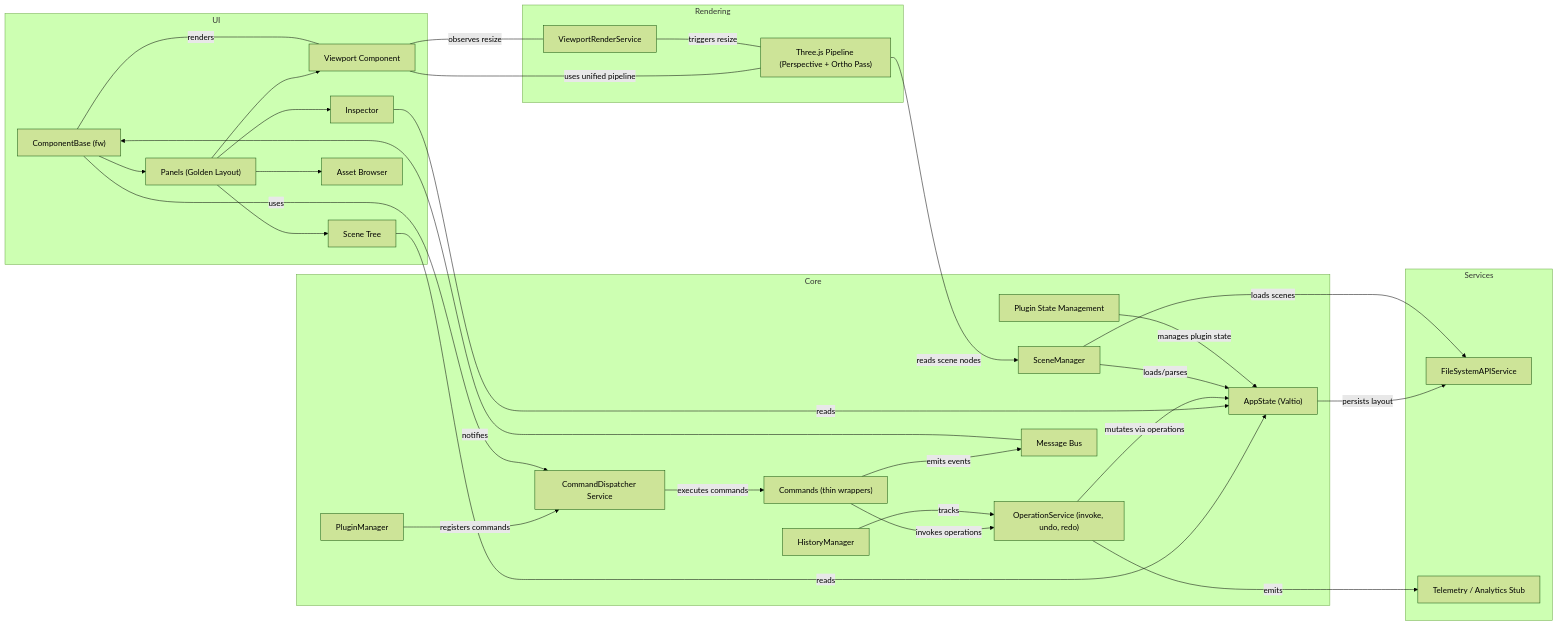
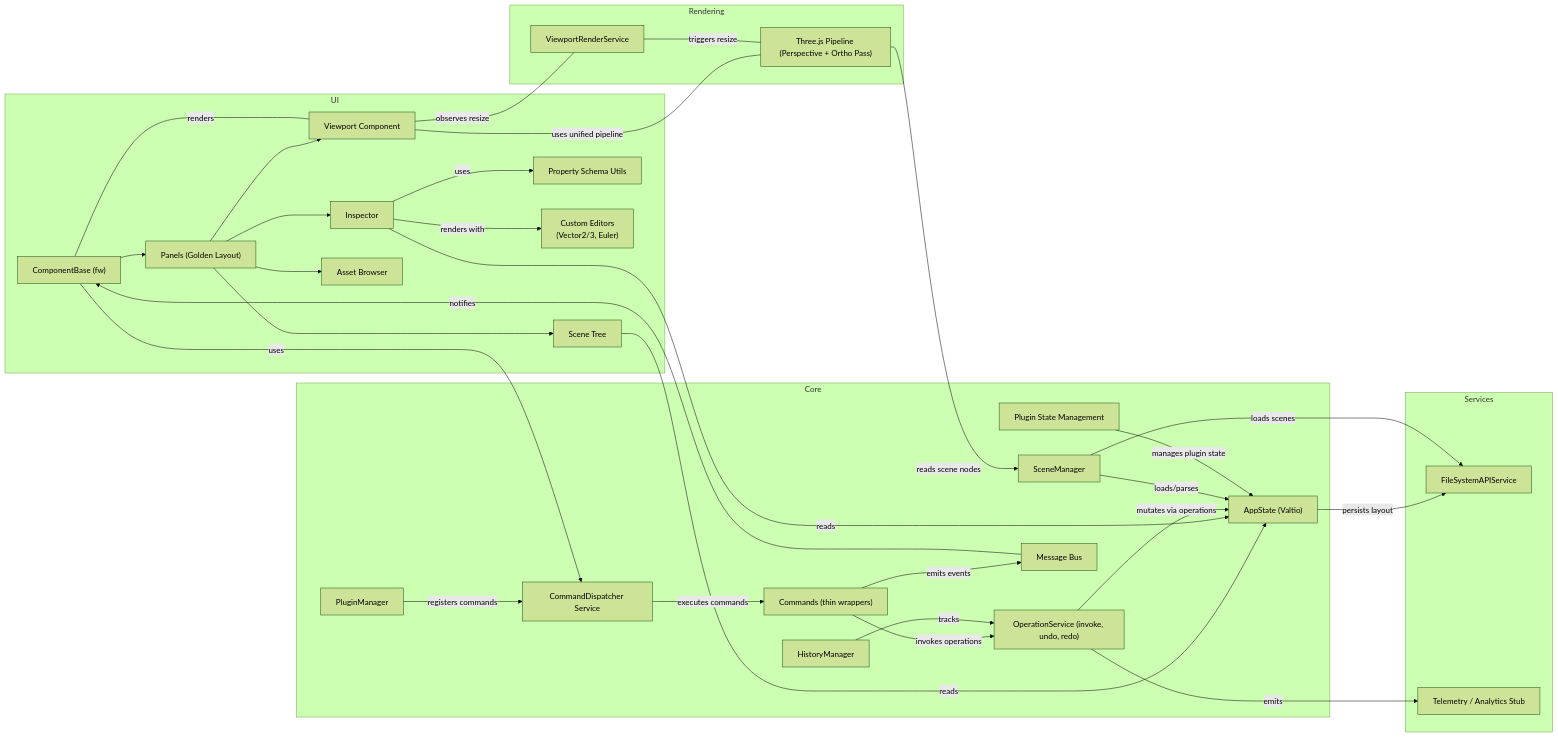
One commit to pix3dev/pix3-core changed the first of 2 diagrams in docs/architecture.md. Above: the diagram before and after it, drawn with Mermaid (forest theme). The commit also changed other lines of this file and 4 other files, not shown here.

First line of the commit message:
feat: Implement property schema system for dynamic inspector UI

````diff
--- a/docs/architecture.md
+++ b/docs/architecture.md
@@ -9,59 +9,63 @@
 ```mermaid
 flowchart LR
   subgraph UI
     A["ComponentBase (fw)"] --> B["Panels (Golden Layout)"]
     B --> C["Scene Tree"]
     B --> D["Viewport Component"]
     B --> E["Inspector"]
     B --> F["Asset Browser"]
+    E2["Property Schema Utils"]
+    E -->|uses| E2
+    E3["Custom Editors<br/>(Vector2/3, Euler)"]
+    E -->|renders with| E3
   end
 
   subgraph Core
     G["AppState (Valtio)"]
     H["OperationService (invoke, undo, redo)"]
     I["HistoryManager"]
     J["SceneManager"]
     K["PluginManager"]
     L["Plugin State Management"]
     P["CommandDispatcher Service"]
     Q["Commands (thin wrappers)"]
     S["Message Bus"]
   end
 
   subgraph Services
     M["FileSystemAPIService"]
     N["Telemetry / Analytics Stub"]
   end
 
   subgraph Rendering
     O["Three.js Pipeline (Perspective + Ortho Pass)"]
     R["ViewportRenderService"]
   end
 
   A ---|renders| D
   D ---|uses unified pipeline| O
   D ---|observes resize| R
   R ---|triggers resize| O
 
   C -->|reads| G
   E -->|reads| G
   P -->|executes commands| Q
   Q -->|invokes operations| H
   Q -->|emits events| S
   H -->|mutates via operations| G
   I -->|tracks| H
   J -->|loads/parses| G
   K -->|registers commands| P
   L -->|manages plugin state| G
 
   G -->|persists layout| M
   H -->|emits| N
   J -->|loads scenes| M
 
   %% All actions go through CommandDispatcher
   A -->|uses| P
 
   S -->|notifies| A
 
   O -->|reads scene nodes| J
 ```
````
